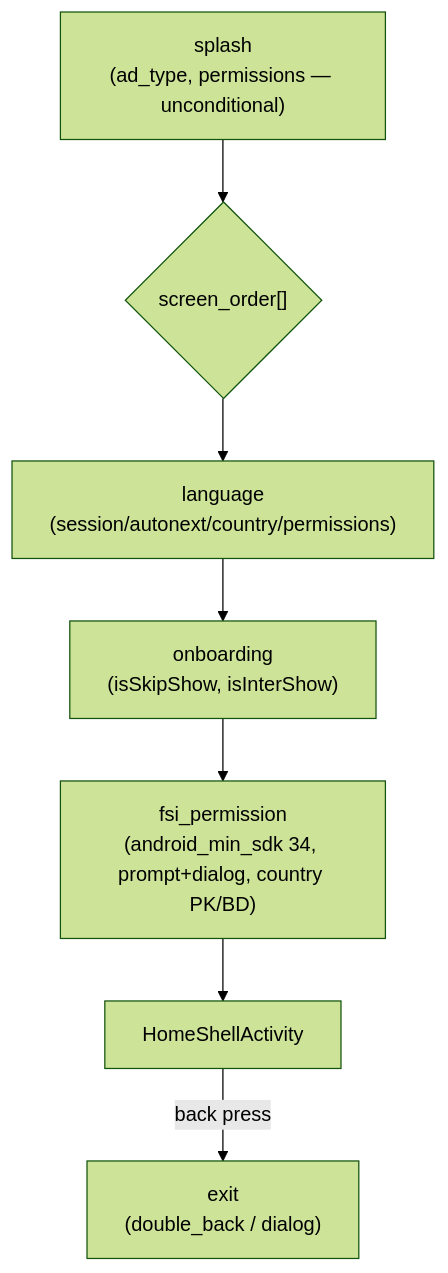
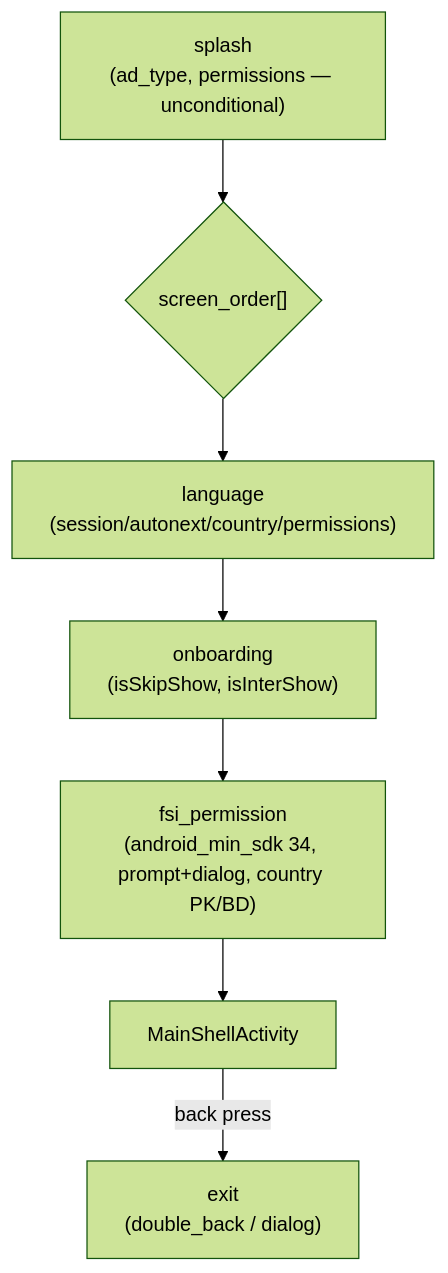
One commit to poojakpeworld00-hue/NumifyCallerId changed the second of 2 diagrams in docs/ads-onboarding-remote-config.md. Above: the diagram before and after it, drawn with Mermaid (forest theme). The commit also changed other lines of this file and 375 other files, not shown here.

````diff
--- a/docs/ads-onboarding-remote-config.md
+++ b/docs/ads-onboarding-remote-config.md
@@ -431,14 +431,14 @@
 ```mermaid
 flowchart TD
     SPLASH["splash<br/>(ad_type, permissions — unconditional)"]
     ORDER{"screen_order[]"}
     LANG["language<br/>(session/autonext/country/permissions)"]
     ONB["onboarding<br/>(isSkipShow, isInterShow)"]
     FSI["fsi_permission<br/>(android_min_sdk 34, prompt+dialog, country PK/BD)"]
-    HOME["HomeShellActivity"]
+    HOME["MainShellActivity"]
     EXIT["exit<br/>(double_back / dialog)"]
 
     SPLASH --> ORDER
     ORDER --> LANG --> ONB --> FSI --> HOME
     HOME -- back press --> EXIT
 ```
````
